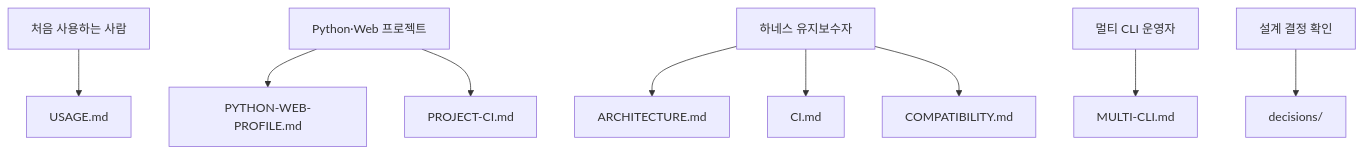
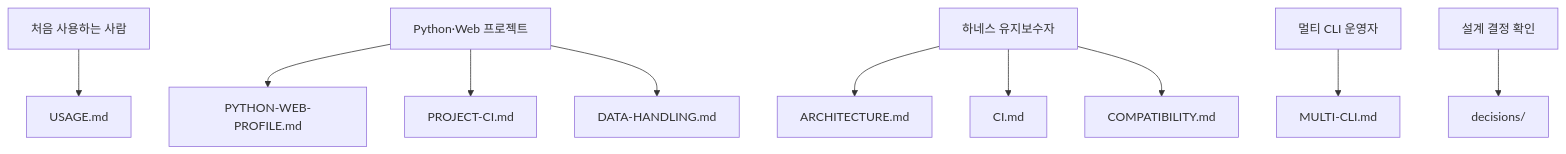
Before and after one commit to jomarusoup/Arachne: the diagram in docs/README.md, drawn with Mermaid. The commit also changed other lines of this file and 34 other files, not shown here.

First line of the commit message:
feat: 데이터 핸들링 P1 — /database-review·DATA-HANDLING 정본·quality gate

````diff
--- a/docs/README.md
+++ b/docs/README.md
@@ -18,11 +18,12 @@
 ```mermaid
 flowchart TD
     R["처음 사용하는 사람"] --> U["USAGE.md"]
     P["Python·Web 프로젝트"] --> PW["PYTHON-WEB-PROFILE.md"]
     P --> PC["PROJECT-CI.md"]
+    P --> DH["DATA-HANDLING.md"]
     M["하네스 유지보수자"] --> A["ARCHITECTURE.md"]
     M --> CI["CI.md"]
     M --> C["COMPATIBILITY.md"]
     S["멀티 CLI 운영자"] --> MC["MULTI-CLI.md"]
     D["설계 결정 확인"] --> ADR["decisions/"]
 ```
````
